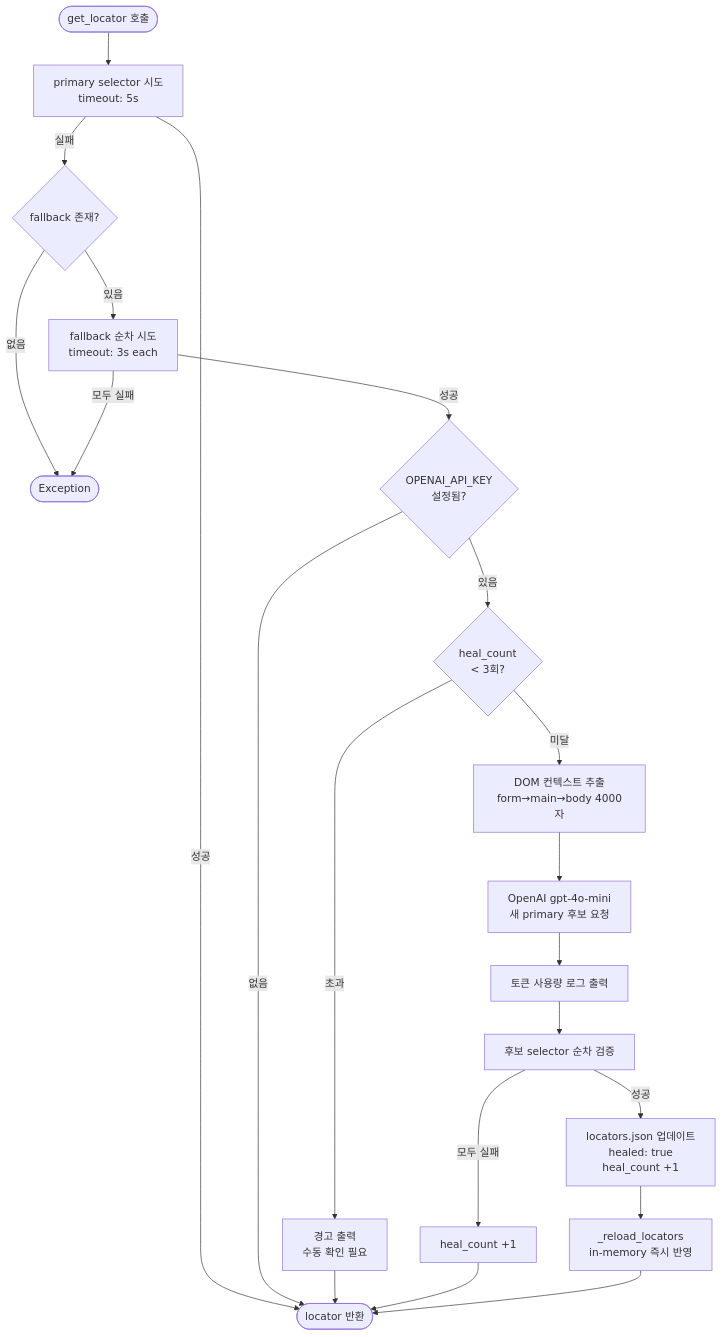
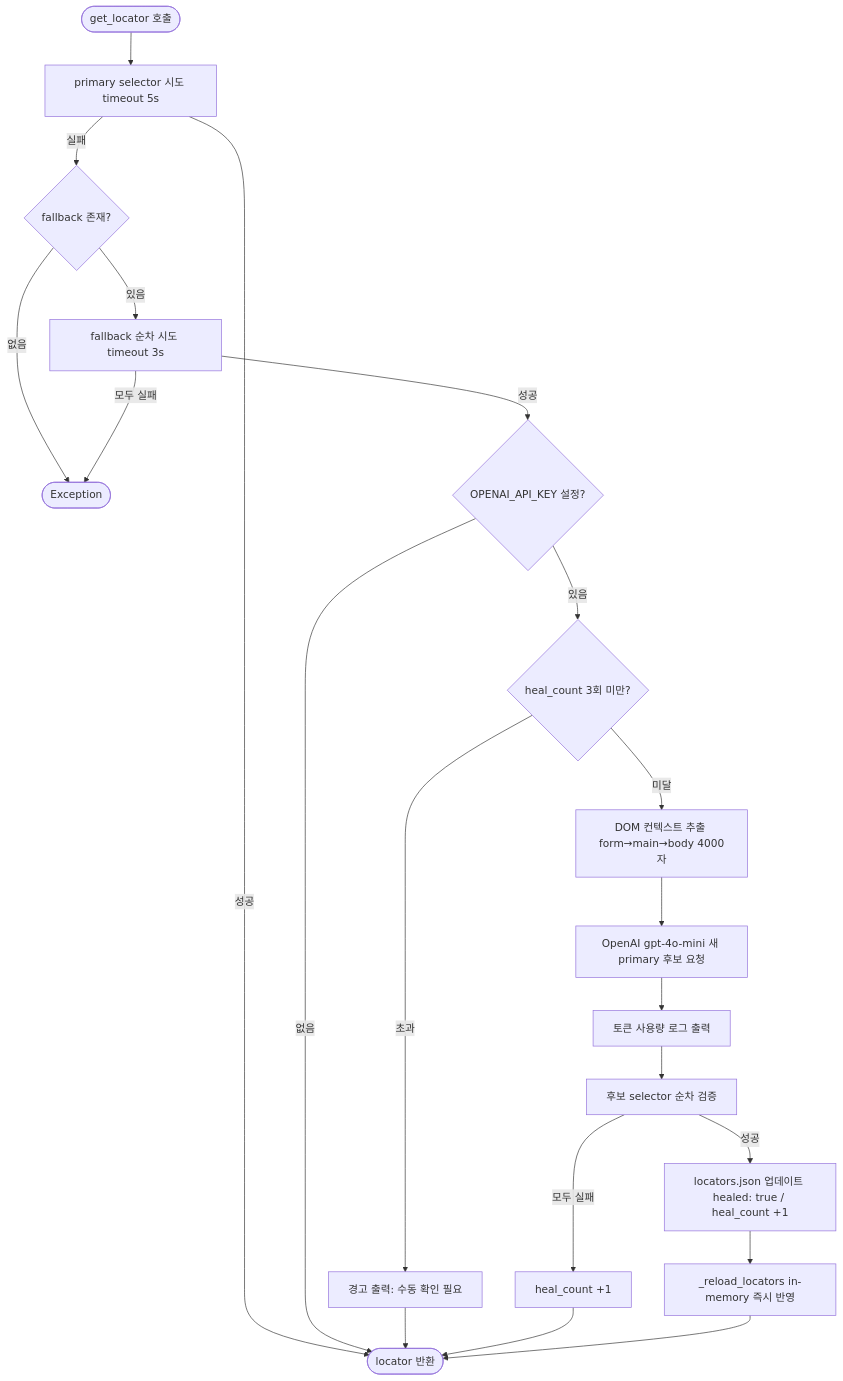
Before and after one commit to lotusmint06/playwright: the second of 2 diagrams in README.md, drawn with Mermaid. The commit also changed other lines of this file, not shown here.

Commit message:
docs: Mermaid 흐름도 렌더링 오류 수정 (노드 ID 충돌, 줄바꿈 문자 제거)

````diff
--- a/README.md
+++ b/README.md
@@ -56,23 +58,23 @@
 ```mermaid
 flowchart TD
-    A([get_locator 호출]) --> B[primary selector 시도\ntimeout: 5s]
-    B -- 성공 --> C([locator 반환])
-    B -- 실패 --> D{fallback 존재?}
-    D -- 없음 --> E([Exception])
-    D -- 있음 --> F[fallback 순차 시도\ntimeout: 3s each]
-    F -- 성공 --> G{OPENAI_API_KEY\n설정됨?}
-    F -- 모두 실패 --> E
-    G -- 없음 --> C
-    G -- 있음 --> H{heal_count\n< 3회?}
-    H -- 초과 --> I[경고 출력\n수동 확인 필요]
-    I --> C
-    H -- 미달 --> J[DOM 컨텍스트 추출\nform→main→body 4000자]
-    J --> K[OpenAI gpt-4o-mini\n새 primary 후보 요청]
-    K --> L[토큰 사용량 로그 출력]
-    L --> M[후보 selector 순차 검증]
-    M -- 성공 --> N[locators.json 업데이트\nhealed: true\nheal_count +1]
-    M -- 모두 실패 --> O[heal_count +1]
-    O --> C
-    N --> P[_reload_locators\nin-memory 즉시 반영]
-    P --> C
+    start([get_locator 호출]) --> primary[primary selector 시도 timeout 5s]
+    primary -- 성공 --> ret([locator 반환])
+    primary -- 실패 --> hasfallback{fallback 존재?}
+    hasfallback -- 없음 --> err([Exception])
+    hasfallback -- 있음 --> fallback[fallback 순차 시도 timeout 3s]
+    fallback -- 성공 --> haskey{OPENAI_API_KEY 설정?}
+    fallback -- 모두 실패 --> err
+    haskey -- 없음 --> ret
+    haskey -- 있음 --> countcheck{heal_count 3회 미만?}
+    countcheck -- 초과 --> warn[경고 출력: 수동 확인 필요]
+    warn --> ret
+    countcheck -- 미달 --> dom[DOM 컨텍스트 추출 form→main→body 4000자]
+    dom --> openai[OpenAI gpt-4o-mini 새 primary 후보 요청]
+    openai --> tokenlog[토큰 사용량 로그 출력]
+    tokenlog --> candidates[후보 selector 순차 검증]
+    candidates -- 성공 --> update[locators.json 업데이트 healed: true / heal_count +1]
+    candidates -- 모두 실패 --> countup[heal_count +1]
+    countup --> ret
+    update --> reload[_reload_locators in-memory 즉시 반영]
+    reload --> ret
 ```
````
